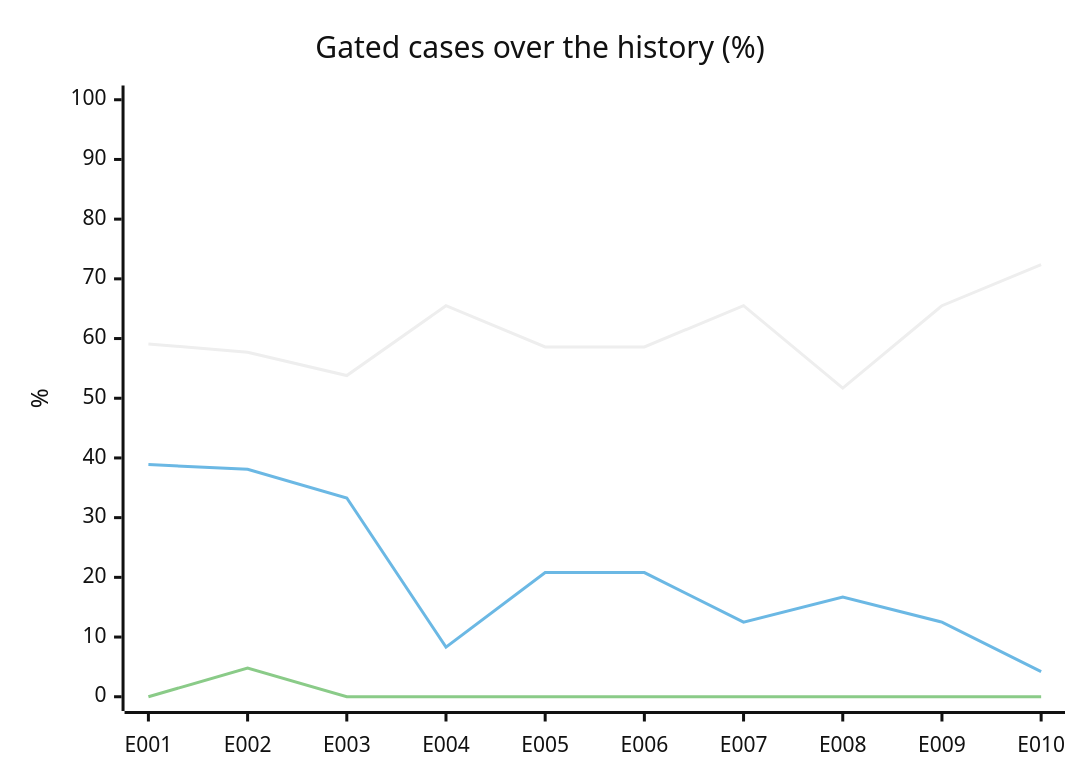
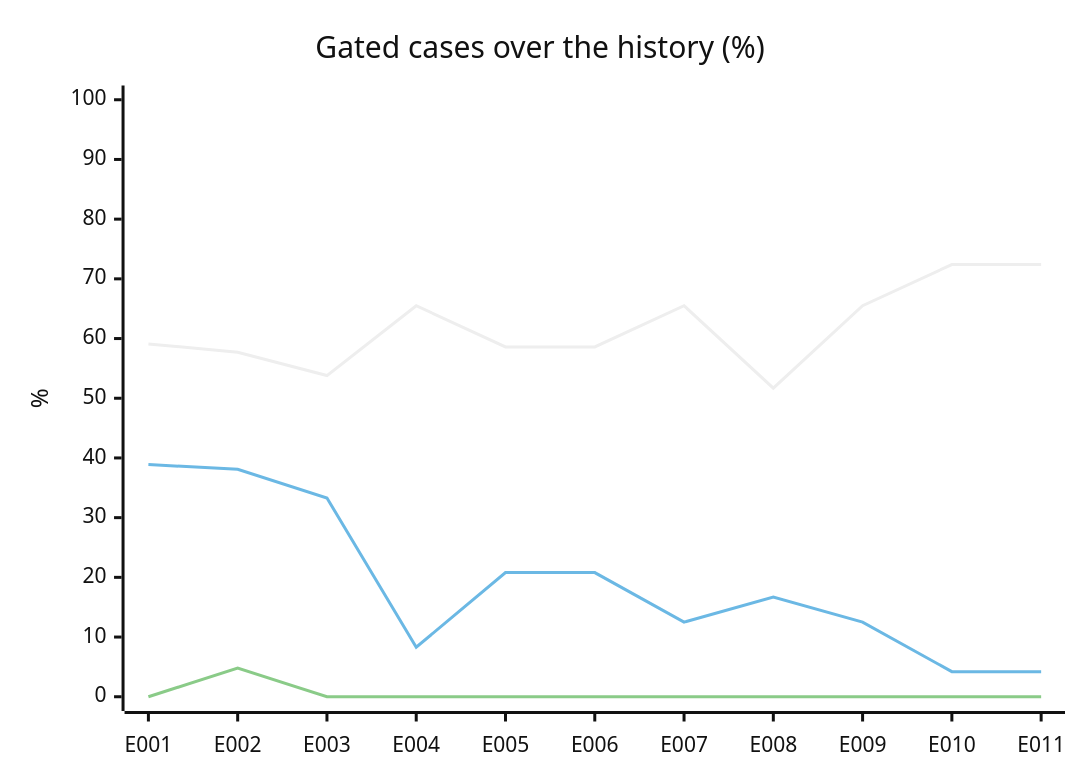
One commit to acarbonellb/anti-fraud-agent changed the diagram in evals/report.md. Above: the diagram before and after it, drawn with Mermaid (neutral theme). The commit also changed other lines of this file and 5 other files, not shown here.

````diff
--- a/evals/report.md
+++ b/evals/report.md
@@ -45,9 +46,9 @@
 ```mermaid
 xychart-beta
   title "Gated cases over the history (%)"
-  x-axis [E001, E002, E003, E004, E005, E006, E007, E008, E009, E010]
+  x-axis [E001, E002, E003, E004, E005, E006, E007, E008, E009, E010, E011]
   y-axis "%" 0 --> 100
-  line [59.1, 57.7, 53.8, 65.5, 58.6, 58.6, 65.5, 51.7, 65.5, 72.4]
-  line [38.9, 38.1, 33.3, 8.3, 20.8, 20.8, 12.5, 16.7, 12.5, 4.2]
-  line [0, 4.8, 0, 0, 0, 0, 0, 0, 0, 0]
+  line [59.1, 57.7, 53.8, 65.5, 58.6, 58.6, 65.5, 51.7, 65.5, 72.4, 72.4]
+  line [38.9, 38.1, 33.3, 8.3, 20.8, 20.8, 12.5, 16.7, 12.5, 4.2, 4.2]
+  line [0, 4.8, 0, 0, 0, 0, 0, 0, 0, 0, 0]
 ```
````
